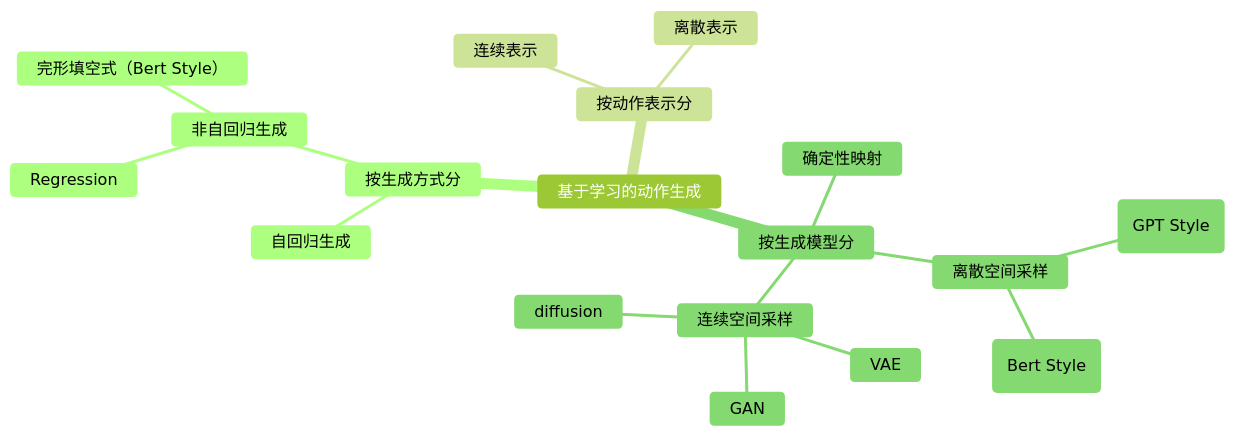
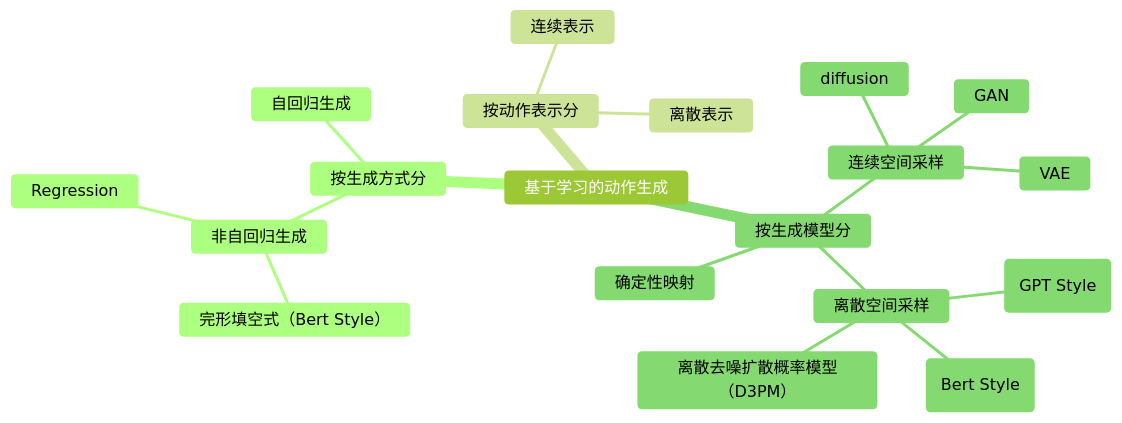
Before and after one commit to CaterpillarStudyGroup/ImportantArticles: the diagram in src/CharacterAnimation/HumanMotionGenerationSummary.md, drawn with Mermaid (forest theme). The commit also changed other lines of this file and 1 other file, not shown here.

````diff
--- a/src/CharacterAnimation/HumanMotionGenerationSummary.md
+++ b/src/CharacterAnimation/HumanMotionGenerationSummary.md
@@ -4,21 +4,22 @@
 ```mermaid
 mindmap
 基于学习的动作生成
     按生成方式分
         自回归生成
         非自回归生成
             Regression
             完形填空式（Bert Style）
     按动作表示分
         连续表示
         离散表示
     按生成模型分
         确定性映射
         离散空间采样
             离散分布采样(GPT Style)
             掩码语言模型(Bert Style)
+            离散去噪扩散概率模型（D3PM）
         连续空间采样
             VAE
             GAN
             diffusion
 ```
````
